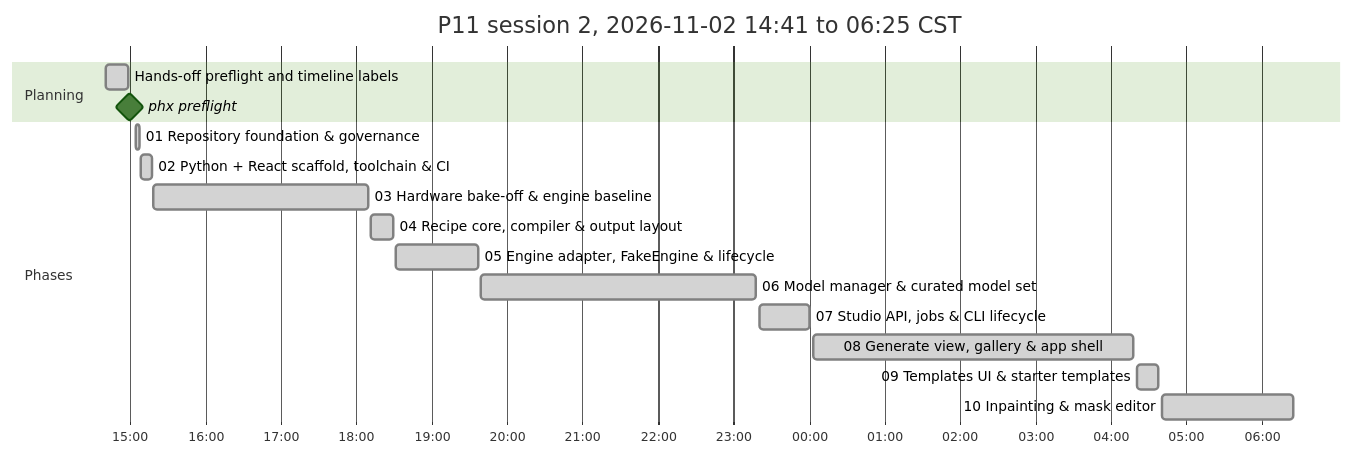
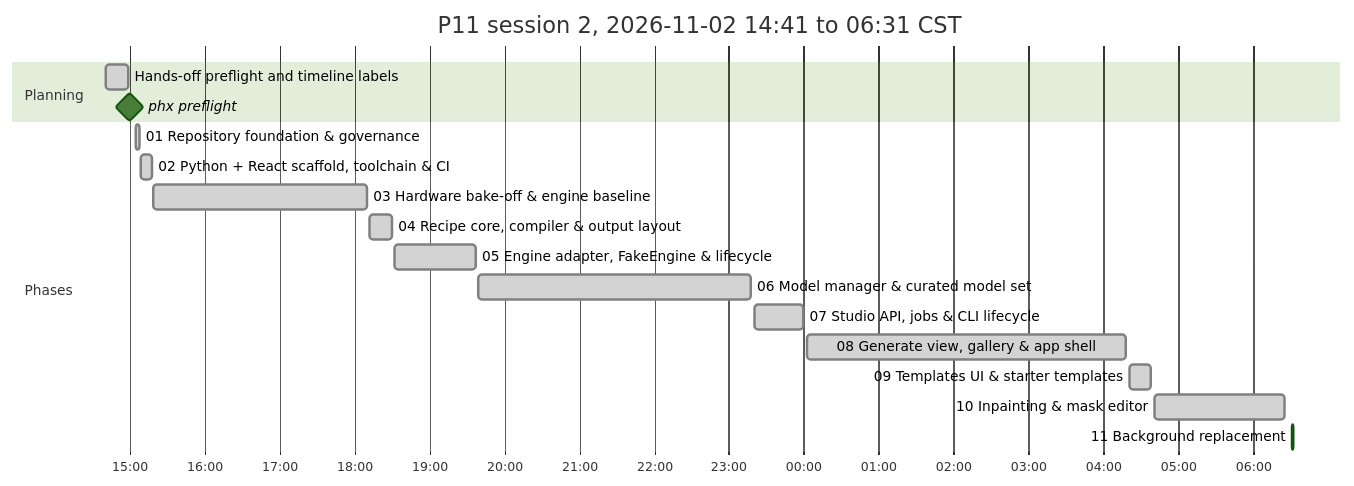
One commit to antonizick/project1111 changed the second of 2 diagrams in P11_IMPLEMENTATION_PLAN.md. Above: the diagram before and after it, drawn with Mermaid (forest theme). The commit also changed other lines of this file and 1 other file, not shown here.

Commit message:
docs(plan): refresh timeline

````diff
--- a/P11_IMPLEMENTATION_PLAN.md
+++ b/P11_IMPLEMENTATION_PLAN.md
@@ -74,20 +74,21 @@
 ```mermaid
 gantt
-    title P11 session 2, 2026-11-02 14:41 to 06:25 CST
+    title P11 session 2, 2026-11-02 14:41 to 06:31 CST
     dateFormat YYYY-MM-DD HH:mm
     axisFormat %H:%M
     section Planning
     Hands-off preflight and timeline labels :done, plan3, 2026-11-02 14:41, 2026-11-02 14:59
     phx preflight :milestone, pf13ee0d5, 2026-11-02 15:00, 0m
     section Phases
     01 Repository foundation & governance :done, p01s2, 2026-11-02 15:05, 2026-11-02 15:08
     02 Python + React scaffold, toolchain & CI :done, p02s2, 2026-11-02 15:09, 2026-11-02 15:18
     03 Hardware bake-off & engine baseline :done, p03s2, 2026-11-02 15:19, 2026-11-02 18:10
     04 Recipe core, compiler & output layout :done, p04s2, 2026-11-02 18:12, 2026-11-02 18:30
     05 Engine adapter, FakeEngine & lifecycle :done, p05s2, 2026-11-02 18:32, 2026-11-02 19:37
     06 Model manager & curated model set :done, p06s2, 2026-11-02 19:39, 2026-11-02 23:18
     07 Studio API, jobs & CLI lifecycle :done, p07s2, 2026-11-02 23:21, 2026-11-03 00:00
     08 Generate view, gallery & app shell :done, p08s2, 2026-11-03 00:03, 2026-11-03 04:18
     09 Templates UI & starter templates :done, p09s2, 2026-11-03 04:21, 2026-11-03 04:38
     10 Inpainting & mask editor :done, p10s2, 2026-11-03 04:41, 2026-11-03 06:25
+    11 Background replacement :active, p11s2, 2026-11-03 06:31, 2026-11-03 06:32
 ```
````
